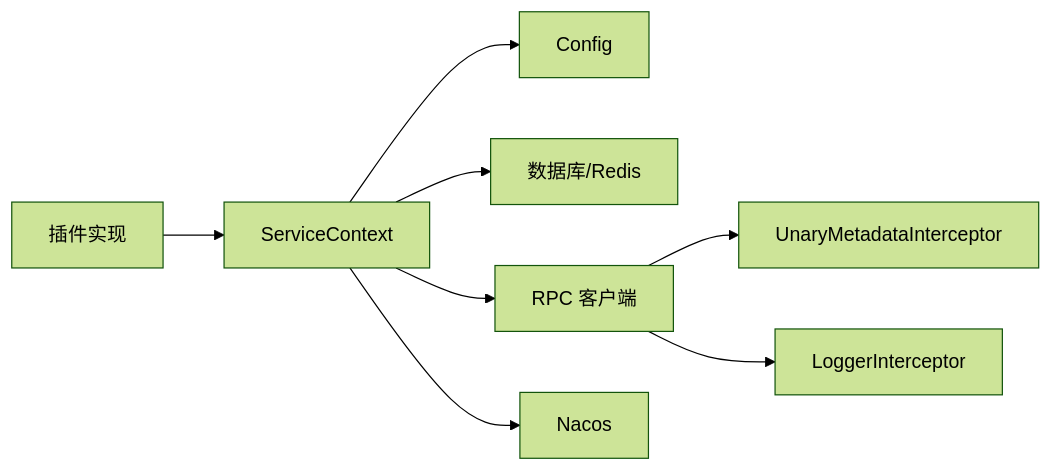
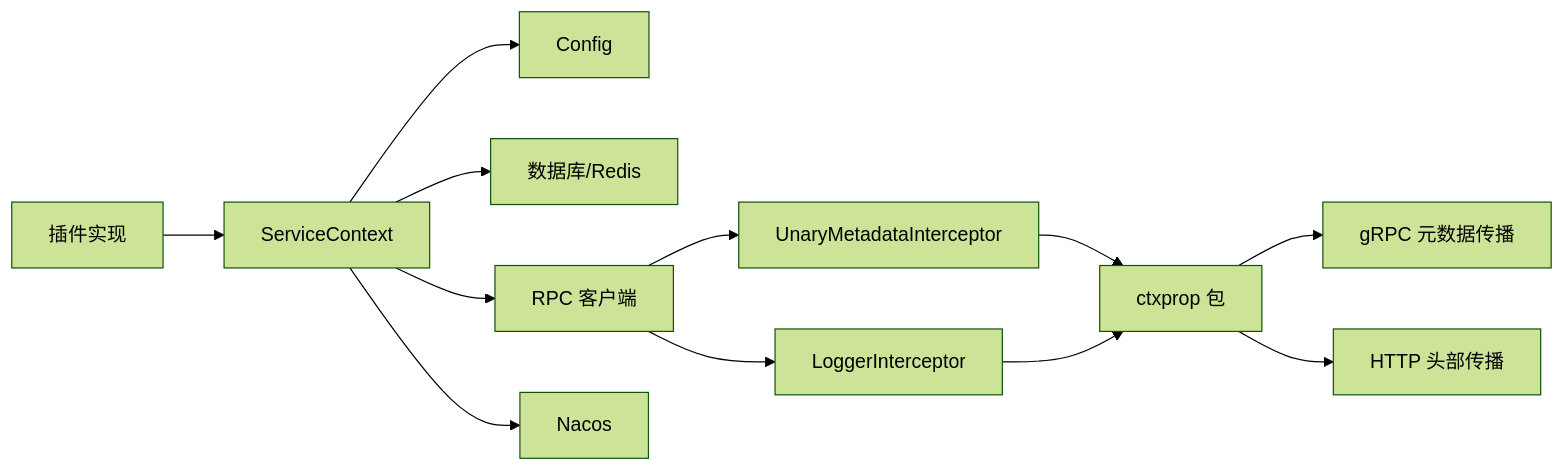
One commit to maomao94/zero-service changed the ninth of 9 diagrams in .qoder/repowiki/zh/content/扩展开发/插件开发.md. Above: the diagram before and after it, drawn with Mermaid (forest theme). The commit also changed other lines of this file and 19 other files, not shown here.

````diff
--- a/.qoder/repowiki/zh/content/扩展开发/插件开发.md
+++ b/.qoder/repowiki/zh/content/扩展开发/插件开发.md
@@ -334,10 +382,14 @@
 ```mermaid
 graph LR
 Plugin["插件实现"] --> SC["ServiceContext"]
 SC --> CFG["Config"]
 SC --> DB["数据库/Redis"]
 SC --> RPC["RPC 客户端"]
 SC --> Nacos["Nacos"]
 RPC --> InterC["UnaryMetadataInterceptor"]
 RPC --> InterS["LoggerInterceptor"]
+InterC --> CTX["ctxprop 包"]
+InterS --> CTX
+CTX --> GRPC["gRPC 元数据传播"]
+CTX --> HTTP["HTTP 头部传播"]
 ```
````
